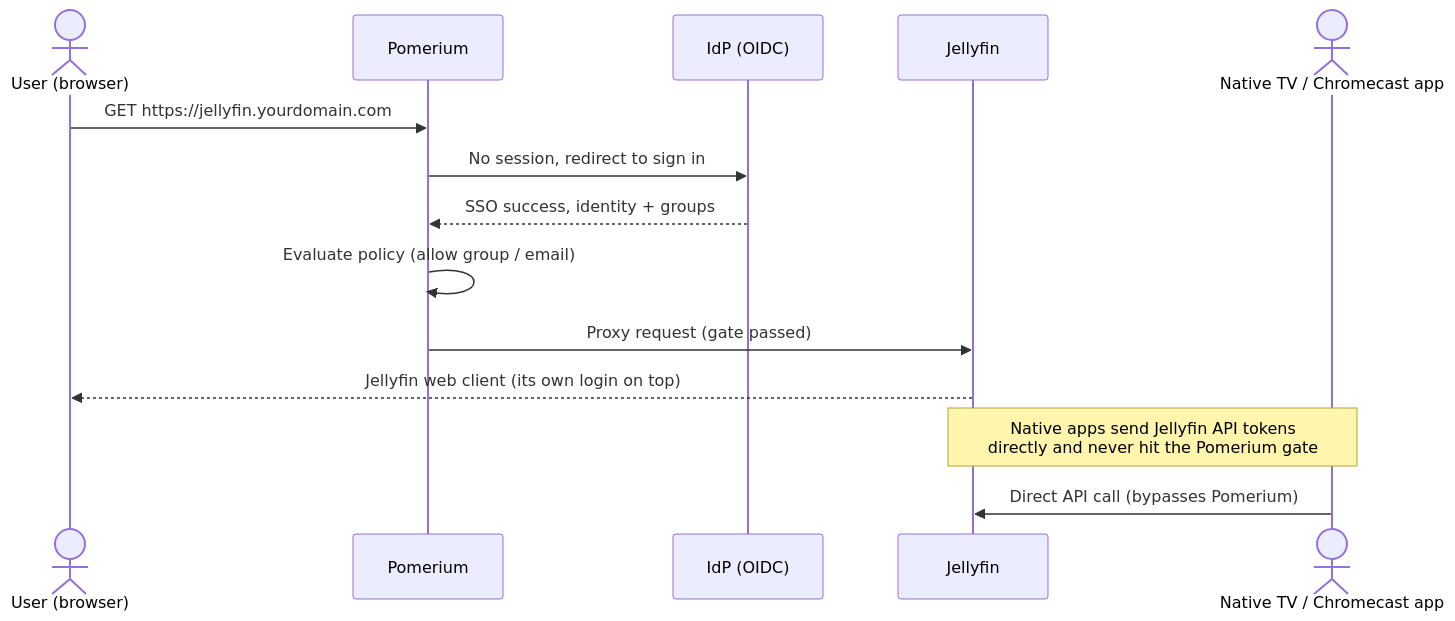
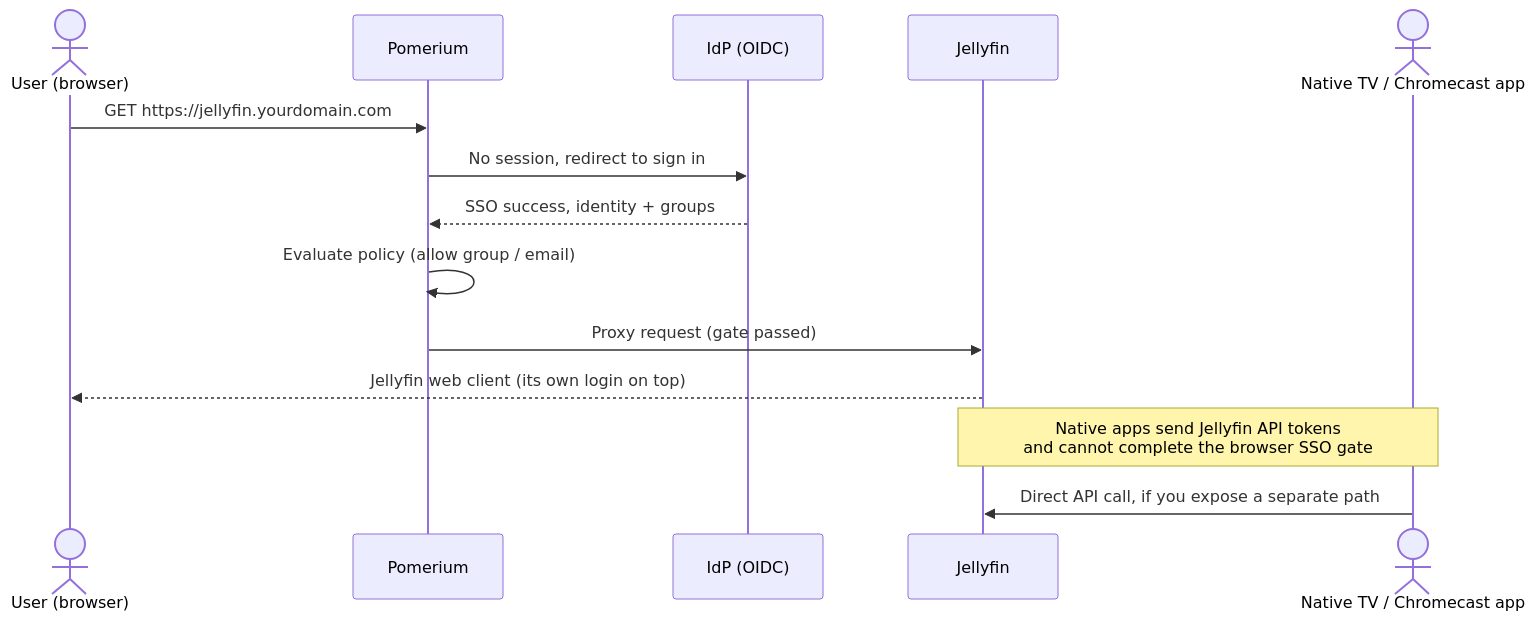
Before and after one commit to pomerium/documentation: the diagram in content/docs/guides/jellyfin.mdx, drawn with Mermaid. The commit also changed other lines of this file and 21 other files, not shown here.

````diff
--- a/content/docs/guides/jellyfin.mdx
+++ b/content/docs/guides/jellyfin.mdx
@@ -33,17 +33,17 @@
 ```mermaid
 sequenceDiagram
   actor U as User (browser)
   participant P as Pomerium
   participant I as IdP (OIDC)
   participant J as Jellyfin
   actor T as Native TV / Chromecast app
 
   U ->> P: GET https://jellyfin.yourdomain.com
   P ->> I: No session, redirect to sign in
   I -->> P: SSO success, identity + groups
   P ->> P: Evaluate policy (allow group / email)
   P ->> J: Proxy request (gate passed)
   J -->> U: Jellyfin web client (its own login on top)
-  Note over T,J: Native apps send Jellyfin API tokens<br/>directly and never hit the Pomerium gate
-  T ->> J: Direct API call (bypasses Pomerium)
+  Note over T,J: Native apps send Jellyfin API tokens<br/>and cannot complete the browser SSO gate
+  T ->> J: Direct API call, if you expose a separate path
 ```
````
